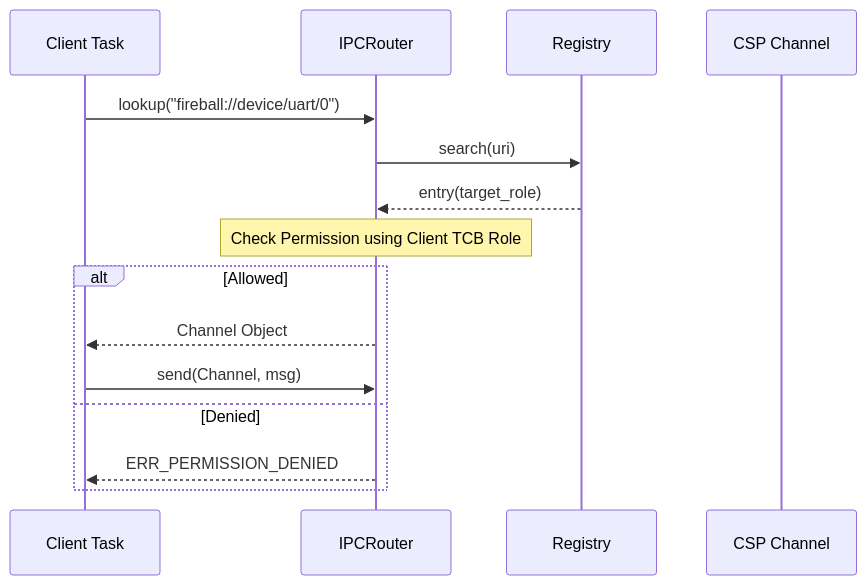
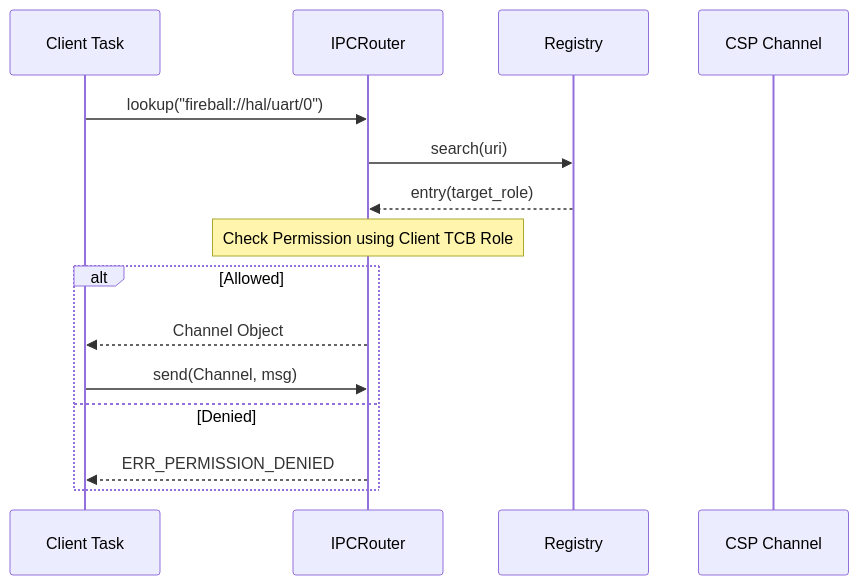
One commit to kmt-t/fireball changed the sixth of 7 diagrams in docs/components/tier1_interface/ipc_router.md. Above: the diagram before and after it, drawn with Mermaid. The commit also changed other lines of this file and 70 other files, not shown here.

````diff
--- a/docs/components/tier1_interface/ipc_router.md
+++ b/docs/components/tier1_interface/ipc_router.md
@@ -562,18 +562,18 @@
 ```mermaid
 sequenceDiagram
     participant C as Client Task
     participant R as IPCRouter
     participant Reg as Registry
     participant Ch as CSP Channel
 
-    C->>R: lookup("fireball://device/uart/0")
+    C->>R: lookup("fireball://hal/uart/0")
     R->>Reg: search(uri)
     Reg-->>R: entry(target_role)
     Note over R: Check Permission using Client TCB Role
     alt Allowed
         R-->>C: Channel Object
         C->>R: send(Channel, msg)
     else Denied
         R-->>C: ERR_PERMISSION_DENIED
     end
 ```
````
